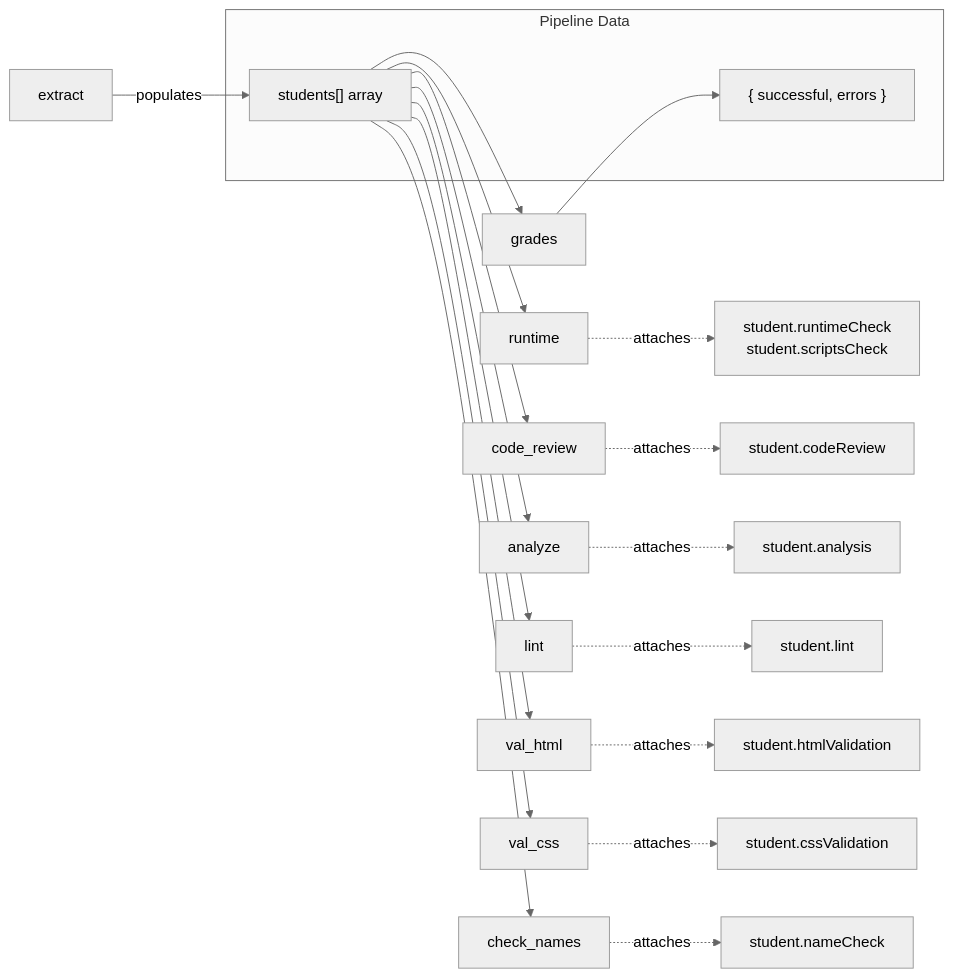
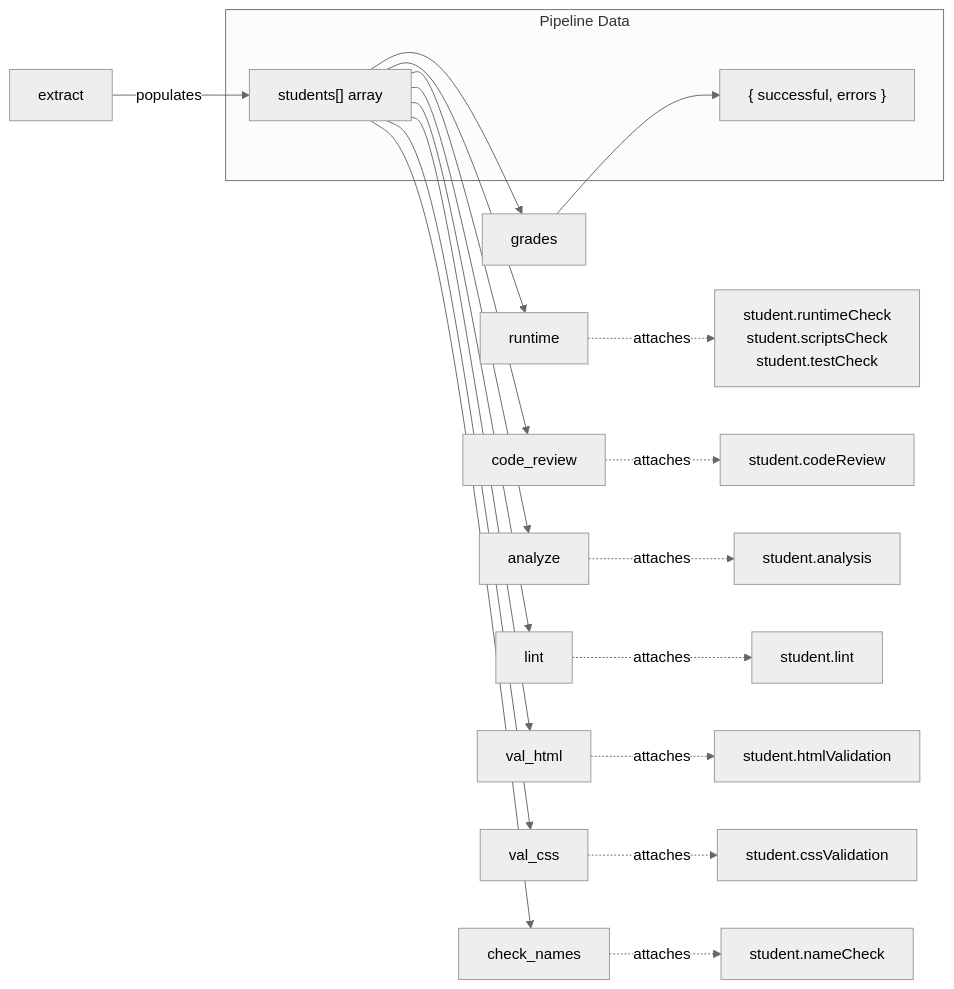
One commit to ProfBird/CS233JS-AI_Grading changed the sixth of 6 diagrams in DEVELOPER_GUIDE.md. Above: the diagram before and after it, drawn with Mermaid (neutral theme). The commit also changed other lines of this file and 40 other files, not shown here.

````diff
--- a/DEVELOPER_GUIDE.md
+++ b/DEVELOPER_GUIDE.md
@@ -678,26 +900,26 @@
 ```mermaid
 graph LR
     subgraph "Pipeline Data"
         students["students[] array"]
         gradeSummary["{ successful, errors }"]
     end
 
     extract -->|populates| students
-    runtime -.->|attaches| runtimeData["student.runtimeCheck\nstudent.scriptsCheck"]
+    runtime -.->|attaches| runtimeData["student.runtimeCheck\nstudent.scriptsCheck\nstudent.testCheck"]
     code_review -.->|attaches| crData["student.codeReview"]
     analyze -.->|attaches| analysisData["student.analysis"]
     lint -.->|attaches| lintData["student.lint"]
     val_html -.->|attaches| htmlData["student.htmlValidation"]
     val_css -.->|attaches| cssData["student.cssValidation"]
     check_names -.->|attaches| nameData["student.nameCheck"]
     grades --> gradeSummary
 
     students --> runtime
     students --> code_review
     students --> analyze
     students --> lint
     students --> val_html
     students --> val_css
     students --> check_names
     students --> grades
 ```
````
